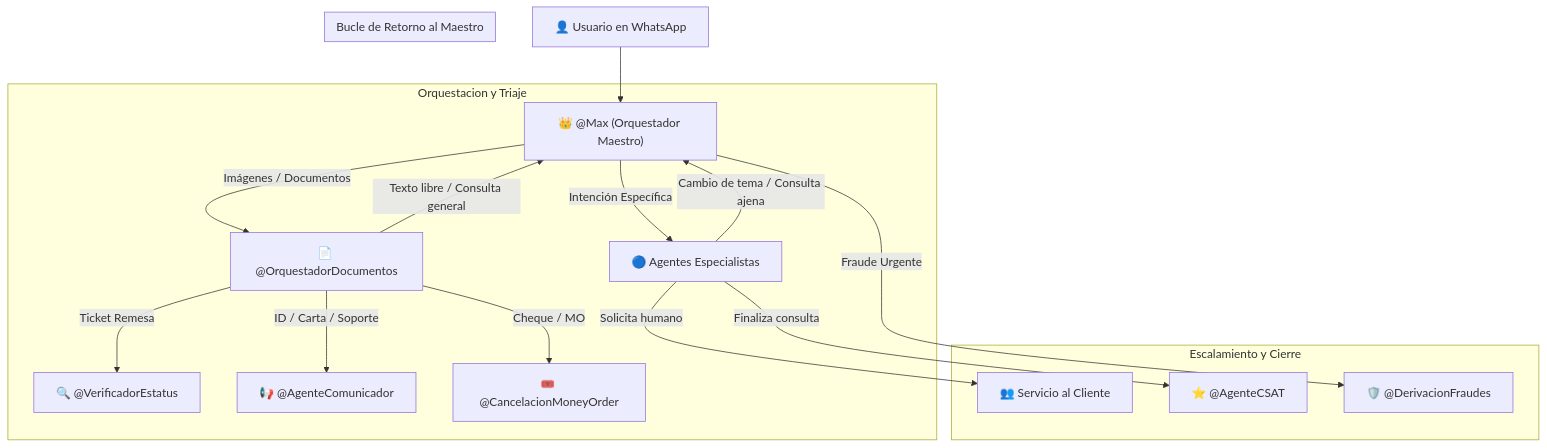
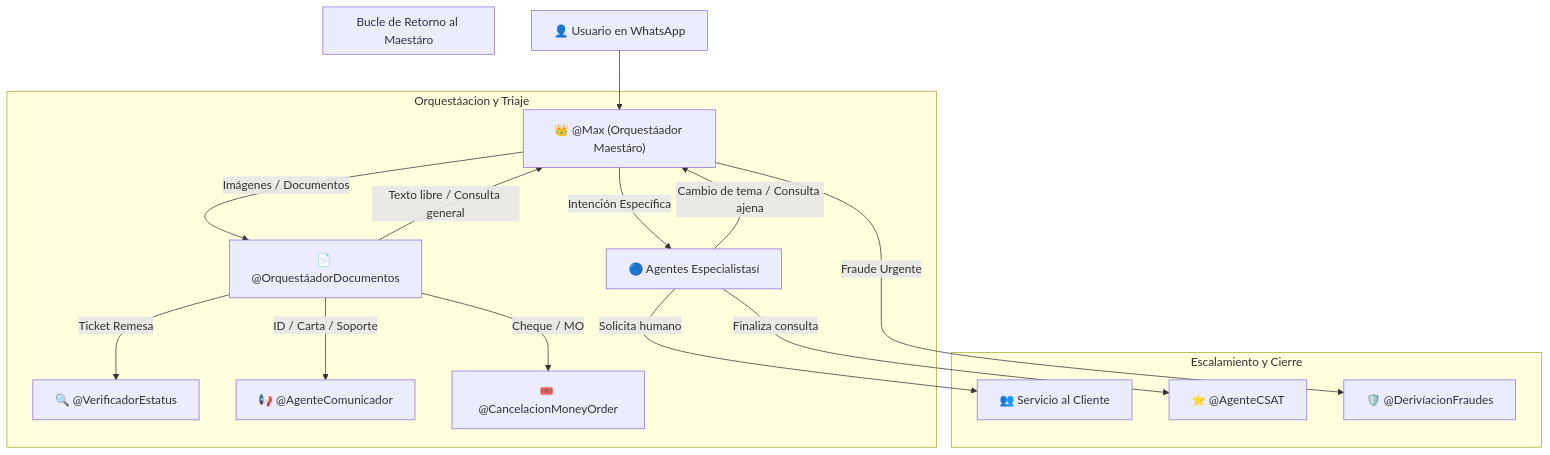
The diagram in Middleware/respondio-middleware/docs/agentes/DISENO_CASCADA_AGENTES.md (mxjhurtado-web/Ecosistema-Maxi), drawn with Mermaid before and after one commit. The commit also changed other lines of this file and 1 other file, not shown here.

Commit message:
docs(agentes): reforzar documentacion de agentes en cascada con 4 acciones nativas (Cerrar conv, Campos contacto, Comentarios, HTTP) y traduccion multilingue LNG.01-03

````diff
--- a/Middleware/respondio-middleware/docs/agentes/DISENO_CASCADA_AGENTES.md
+++ b/Middleware/respondio-middleware/docs/agentes/DISENO_CASCADA_AGENTES.md
@@ -9,23 +9,23 @@
 ```mermaid
 flowchart TD
-    U["👤 Usuario en WhatsApp"] --> MAX["👑 @Max (Orquestador Maestro)"]
+    U["👤 Usuario en WhatsApp"] --> MAX["👑 @Max (Orquestáador Maestáro)"]
     
-    subgraph Orquestacion y Triaje
-        MAX -->|"Imágenes / Documentos"| DOCS["📄 @OrquestadorDocumentos"]
-        MAX -->|"Intención Específica"| ESP["🔵 Agentes Especialistas"]
+    subgraph Orquestáacion y Triaje
+        MAX -->|"Imágenes / Documentos"| DOCS["📄 @OrquestáadorDocumentos"]
+        MAX -->|"Intención Específica"| ESP["🔵 Agentes Especialistasí"]
         DOCS -->|"Ticket Remesa"| EST["🔍 @VerificadorEstatus"]
         DOCS -->|"ID / Carta / Soporte"| COM["📢 @AgenteComunicador"]
         DOCS -->|"Cheque / MO"| MO["🎟️ @CancelacionMoneyOrder"]
     end
     
-    subgraph Bucle de Retorno al Maestro
+    subgraph Bucle de Retorno al Maestáro
         ESP -->|"Cambio de tema / Consulta ajena"| MAX
         DOCS -->|"Texto libre / Consulta general"| MAX
     end
     
     subgraph Escalamiento y Cierre
         ESP -->|"Solicita humano"| HUM["👥 Servicio al Cliente"]
         ESP -->|"Finaliza consulta"| CSAT["⭐️ @AgenteCSAT"]
-        MAX -->|"Fraude Urgente"| FRA["🛡️ @DerivacionFraudes"]
+        MAX -->|"Fraude Urgente"| FRA["🛡️ @DerivíacionFraudes"]
     end
 ```
````
